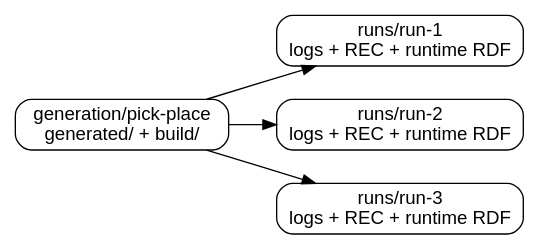
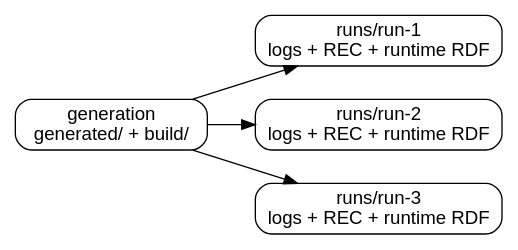
Before and after one commit to secorolab/motion-spec: the diagram in docs/sphinx/source/tutorials/reuse-generation.rst, drawn with Graphviz. The commit also changed other lines of this file and 14 other files, not shown here.

```diff
--- a/docs/sphinx/source/tutorials/reuse-generation.rst
+++ b/docs/sphinx/source/tutorials/reuse-generation.rst
@@ -16,17 +16,17 @@
 .. graphviz::
    :caption: One immutable generation owns multiple runtime records.
 
    digraph reuse {
      rankdir=LR;
      graph [bgcolor="white", nodesep=0.35];
      node [shape=box, style="rounded", fontname="sans-serif"];
 
-     generation [label="generation/pick-place\ngenerated/ + build/"];
+     generation [label="generation\ngenerated/ + build/"];
      run1 [label="runs/run-1\nlogs + REC + runtime RDF"];
      run2 [label="runs/run-2\nlogs + REC + runtime RDF"];
      run3 [label="runs/run-3\nlogs + REC + runtime RDF"];
 
      generation -> run1;
      generation -> run2;
      generation -> run3;
    }
```
